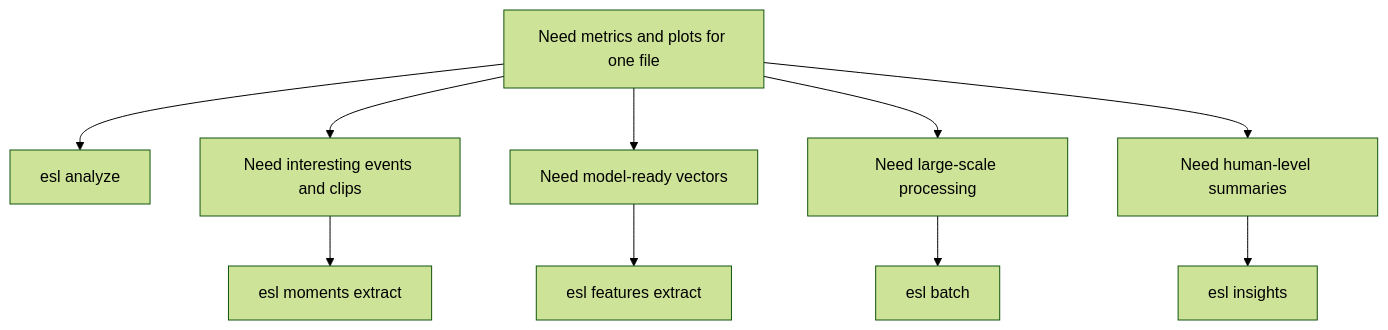
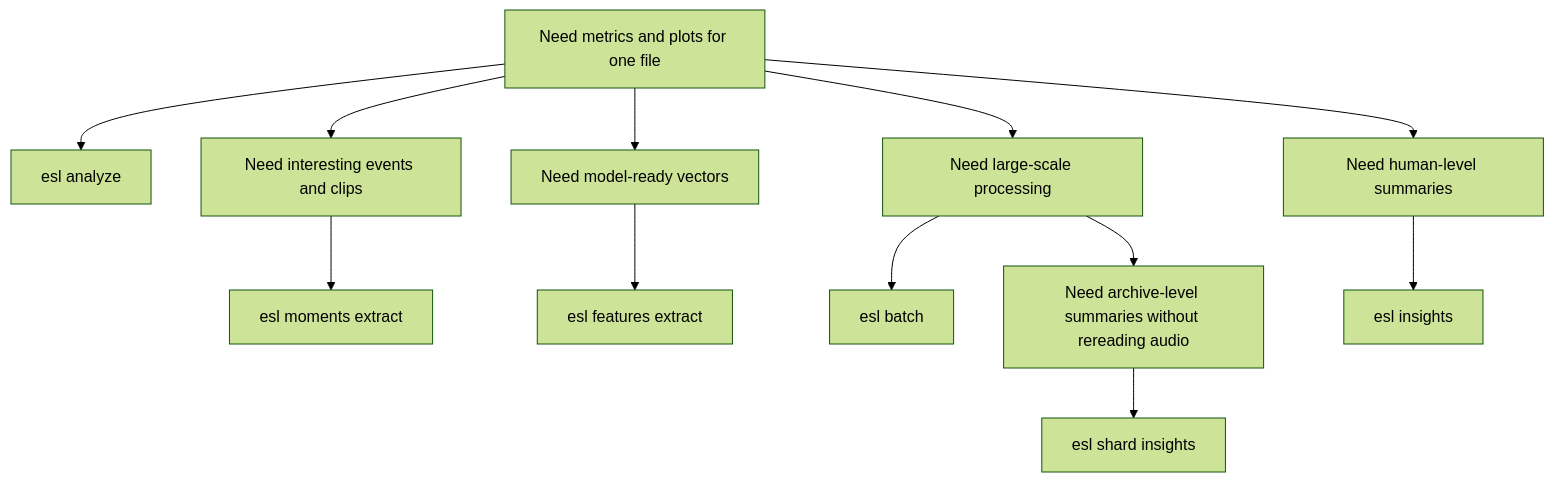
The diagram in docs/TASK_RECIPES.md (TheColby/ecoSignalLab), drawn with Mermaid (forest theme) before and after one commit. The commit also changed other lines of this file and 7 other files, not shown here.

Commit message:
feat: add shard archive insights

````diff
--- a/docs/TASK_RECIPES.md
+++ b/docs/TASK_RECIPES.md
@@ -553,12 +581,14 @@
 ```mermaid
 flowchart TD
     A["Need metrics and plots for one file"] --> B["esl analyze"]
     A --> C["Need interesting events and clips"]
     C --> D["esl moments extract"]
     A --> E["Need model-ready vectors"]
     E --> F["esl features extract"]
     A --> G["Need large-scale processing"]
     G --> H["esl batch"]
     A --> I["Need human-level summaries"]
     I --> J["esl insights"]
+    G --> K["Need archive-level summaries without rereading audio"]
+    K --> L["esl shard insights"]
 ```
````
